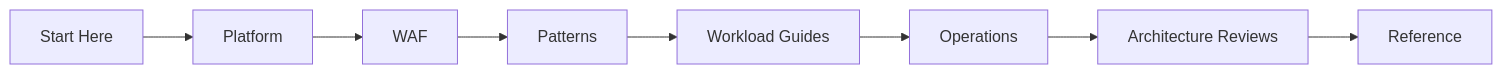
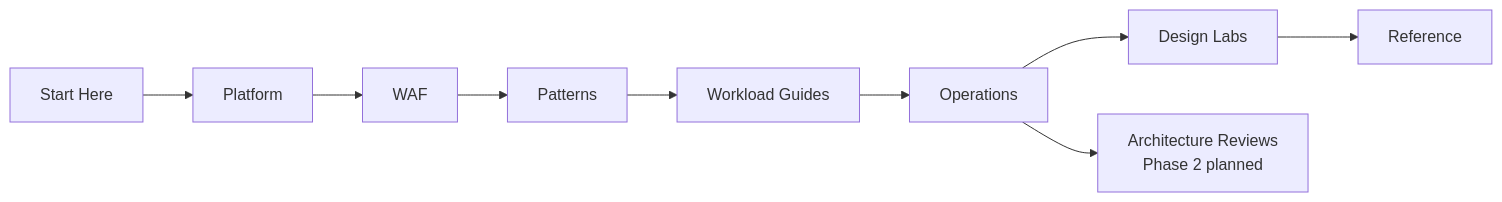
One commit to yeongseon/azure-architecture-practical-guide changed the diagram in docs/start-here/how-to-use-this-guide.md. Above: the diagram before and after it, drawn with Mermaid. The commit also changed other lines of this file and 70 other files, not shown here.

````diff
--- a/docs/start-here/how-to-use-this-guide.md
+++ b/docs/start-here/how-to-use-this-guide.md
@@ -45,10 +50,11 @@
 ```mermaid
 flowchart LR
     A[Start Here] --> B[Platform]
     B --> C[WAF]
     C --> D[Patterns]
     D --> E[Workload Guides]
     E --> F[Operations]
-    F --> G[Architecture Reviews]
+    F --> G[Design Labs]
     G --> H[Reference]
+    F --> I[Architecture Reviews<br/>Phase 2 planned]
 ```
````
